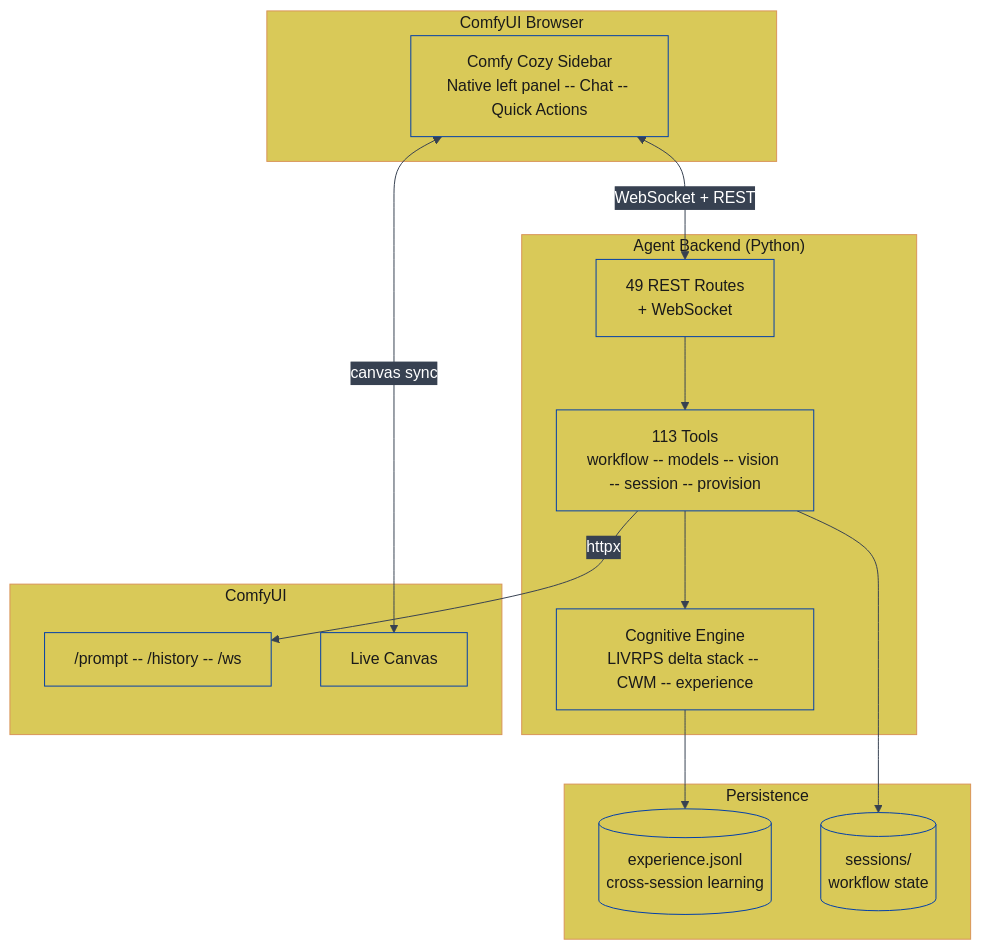
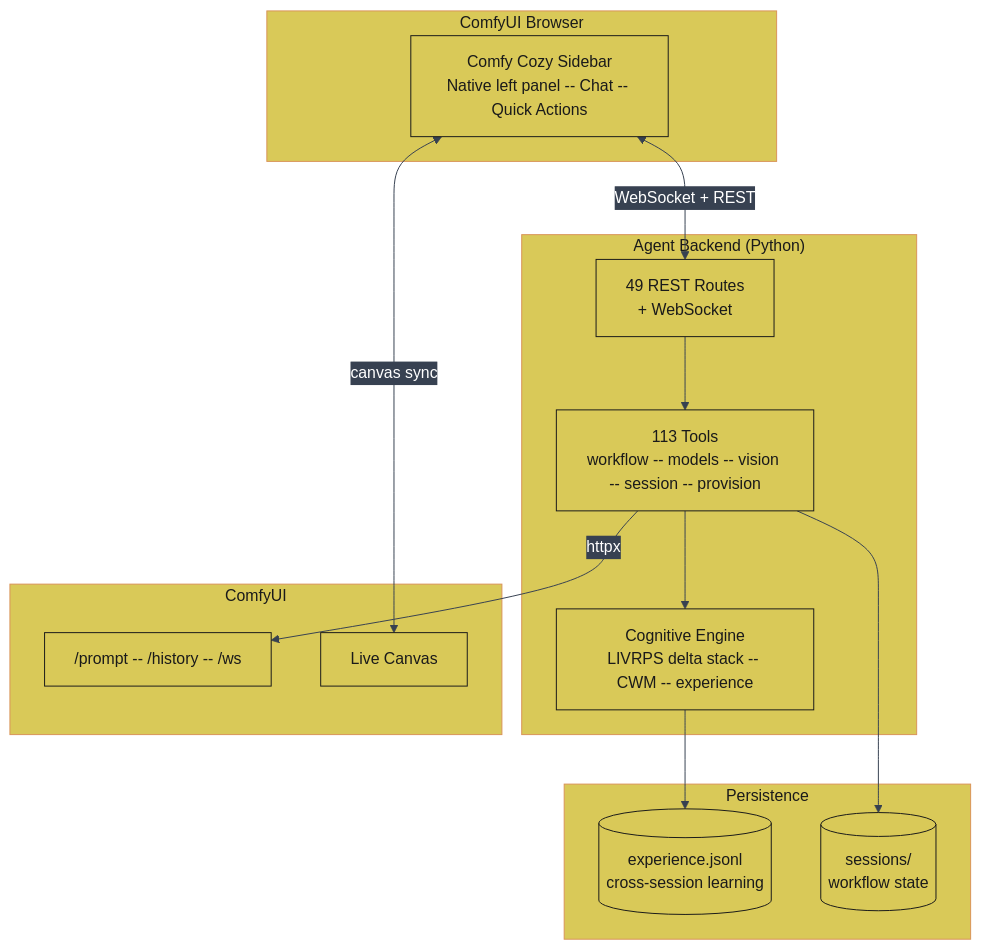
One commit to JosephOIbrahim/Comfy-Cozy changed the sixth of 27 diagrams in README.md. Above: the diagram before and after it, drawn with Mermaid. The commit also changed other lines of this file, not shown here.

First line of the commit message:
[DOCS] Convert mermaid styling to classDef for reliable GitHub rendering

````diff
--- a/README.md
+++ b/README.md
@@ -471,41 +468,37 @@
 ```mermaid
 %%{init: {'theme':'base','themeVariables': {'primaryColor':'#0066FF','primaryTextColor':'#ffffff','primaryBorderColor':'#003eaa','lineColor':'#374151','secondaryColor':'#374151','tertiaryColor':'#1f2937','fontFamily':'monospace'}}}%%
 graph TB
     subgraph Browser ["ComfyUI Browser"]
         Sidebar["Comfy Cozy Sidebar<br/>Native left panel -- Chat -- Quick Actions"]
     end
     subgraph Backend ["Agent Backend (Python)"]
         Routes["49 REST Routes<br/>+ WebSocket"]
         Tools["113 Tools<br/>workflow -- models -- vision -- session -- provision"]
         Cog["Cognitive Engine<br/>LIVRPS delta stack -- CWM -- experience"]
     end
     subgraph ComfyUI ["ComfyUI"]
         API["/prompt -- /history -- /ws"]
         Canvas["Live Canvas"]
     end
     subgraph Disk ["Persistence"]
         EXP[("experience.jsonl<br/>cross-session learning")]
         Sessions[("sessions/<br/>workflow state")]
     end
 
     Sidebar <-->|"WebSocket + REST"| Routes
     Sidebar <-->|"canvas sync"| Canvas
     Routes --> Tools
     Tools --> Cog
     Tools -->|httpx| API
     Cog --> EXP
     Tools --> Sessions
 
     style Browser fill:#d9c958,color:#1a1a1a,stroke:#d99458
     style Backend fill:#d9c958,color:#1a1a1a,stroke:#d99458
     style ComfyUI fill:#d9c958,color:#1a1a1a,stroke:#d99458
     style Disk fill:#d9c958,color:#1a1a1a,stroke:#d99458
-    style Sidebar fill:#d9c958,color:#1a1a1a
-    style Routes fill:#d9c958,color:#1a1a1a
-    style Tools fill:#d9c958,color:#1a1a1a
-    style Cog fill:#d9c958,color:#1a1a1a
-    style API fill:#d9c958,color:#1a1a1a
-    style Canvas fill:#d9c958,color:#1a1a1a
-    style EXP fill:#d9c958,color:#1a1a1a
-    style Sessions fill:#d9c958,color:#1a1a1a
+
+    classDef orange fill:#d99458,color:#1a1a1a,stroke:#1a1a1a
+    classDef yellow fill:#d9c958,color:#1a1a1a,stroke:#1a1a1a
+    class Sidebar,Routes,Tools,Cog,API,Canvas,EXP,Sessions yellow
 ```
````
